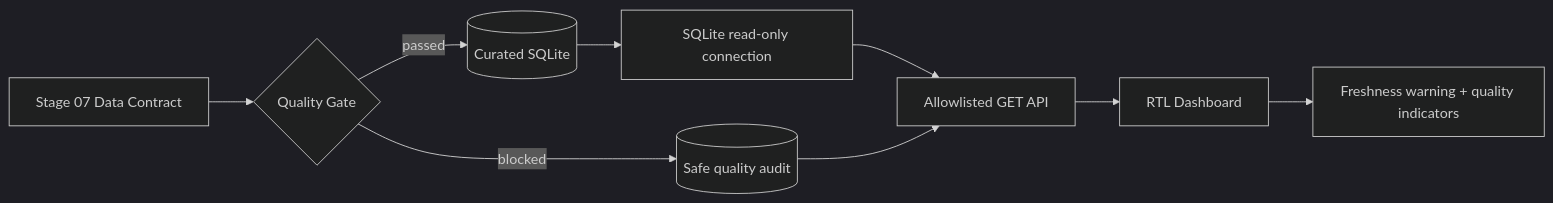
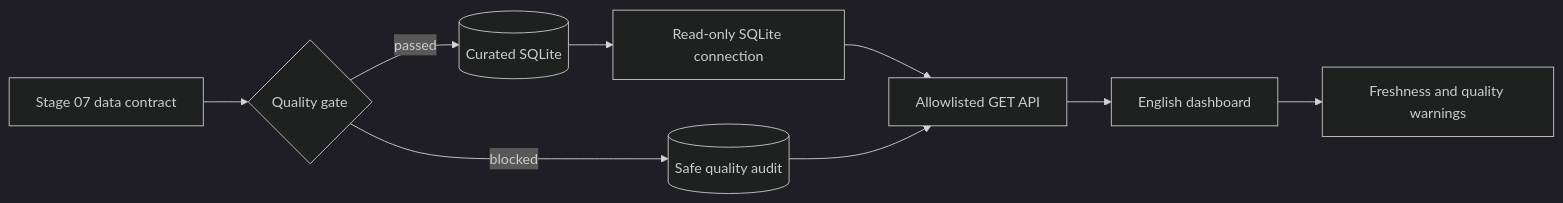
The diagram in labs/08-serving/README.md (MeiRR17/data-engineering-mastery), drawn with Mermaid (dark theme) before and after one commit. The commit also changed other lines of this file and 82 other files, not shown here.

First line of the commit message:
docs: English-first Data Engineering training and visual VS Code setup (#16)

```diff
--- a/labs/08-serving/README.md
+++ b/labs/08-serving/README.md
@@ -13,11 +11,11 @@
 ~~~mermaid
 flowchart LR
-  A[Stage 07 Data Contract] --> B{Quality Gate}
+  A[Stage 07 data contract] --> B{Quality gate}
   B -->|passed| C[(Curated SQLite)]
   B -->|blocked| Q[(Safe quality audit)]
-  C --> D[SQLite read-only connection]
+  C --> D[Read-only SQLite connection]
   D --> E[Allowlisted GET API]
   Q --> E
-  E --> F[RTL Dashboard]
-  F --> G[Freshness warning + quality indicators]
+  E --> F[English dashboard]
+  F --> G[Freshness and quality warnings]
 ~~~
```
